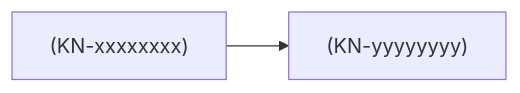
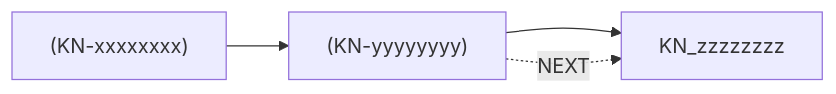
The diagram in .claude/skills/stay-in-the-loop/templates/KNOWLEDGE_VIEW_TEMPLATE.md (ogulcan27/stay-in-the-loop), drawn with Mermaid before and after one commit. The commit also changed other lines of this file and 9 other files, not shown here.

````diff
--- a/.claude/skills/stay-in-the-loop/templates/KNOWLEDGE_VIEW_TEMPLATE.md
+++ b/.claude/skills/stay-in-the-loop/templates/KNOWLEDGE_VIEW_TEMPLATE.md
@@ -165,4 +165,8 @@
 ```mermaid
 flowchart LR
-    KN_xxxxxxxx["<canonical_name> (KN-xxxxxxxx)"] --> KN_yyyyyyyy["<canonical_name> (KN-yyyyyyyy)"]
+    KN_xxxxxxxx["<canonical_name> (KN-xxxxxxxx)"]
+    KN_yyyyyyyy["<canonical_name> (KN-yyyyyyyy)"]
+    KN_xxxxxxxx --> KN_yyyyyyyy
+    KN_yyyyyyyy -- <RELATION> --> KN_zzzzzzzz
+    KN_yyyyyyyy -. NEXT .-> KN_zzzzzzzz
 ```
````
